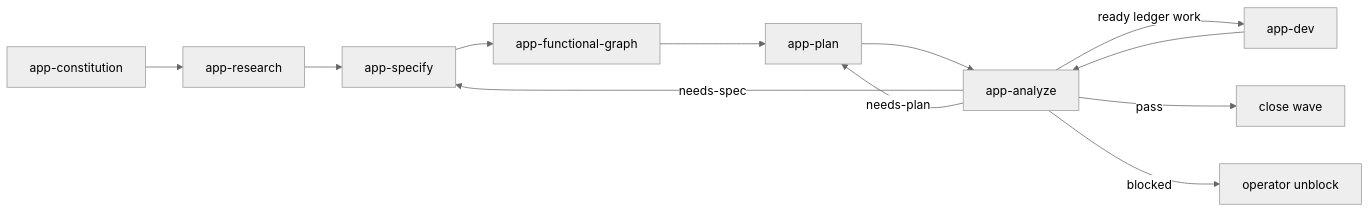
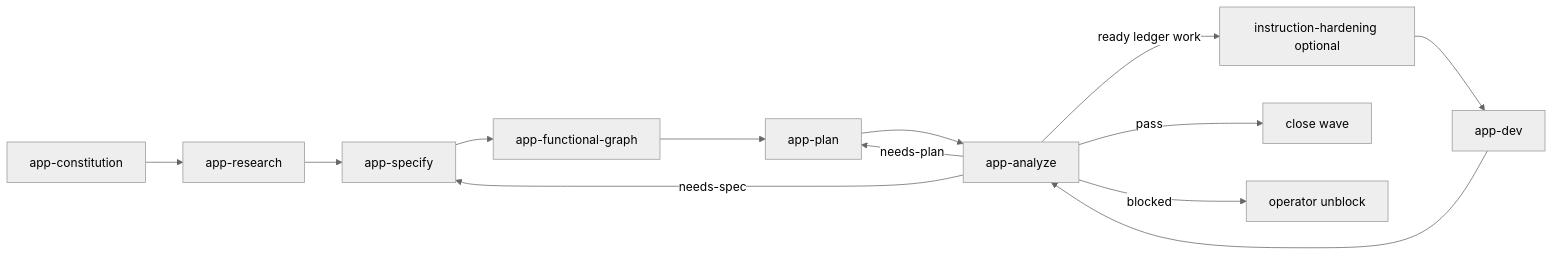
One commit to BearsCLOUD/bears-app-based-workflow changed the diagram in SPEC.md. Above: the diagram before and after it, drawn with Mermaid (neutral theme). The commit also changed other lines of this file and 17 other files, not shown here.

````diff
--- a/SPEC.md
+++ b/SPEC.md
@@ -18,14 +19,15 @@
 ```mermaid
 flowchart LR
   C["app-constitution"] --> R["app-research"]
   R --> S["app-specify"]
   S --> G["app-functional-graph"]
   G --> P["app-plan"]
   P --> A["app-analyze"]
   A -->|needs-spec| S
   A -->|needs-plan| P
-  A -->|ready ledger work| D["app-dev"]
+  A -->|ready ledger work| H["instruction-hardening optional"]
+  H --> D["app-dev"]
   D --> A
   A -->|pass| X["close wave"]
   A -->|blocked| B["operator unblock"]
 ```
````
